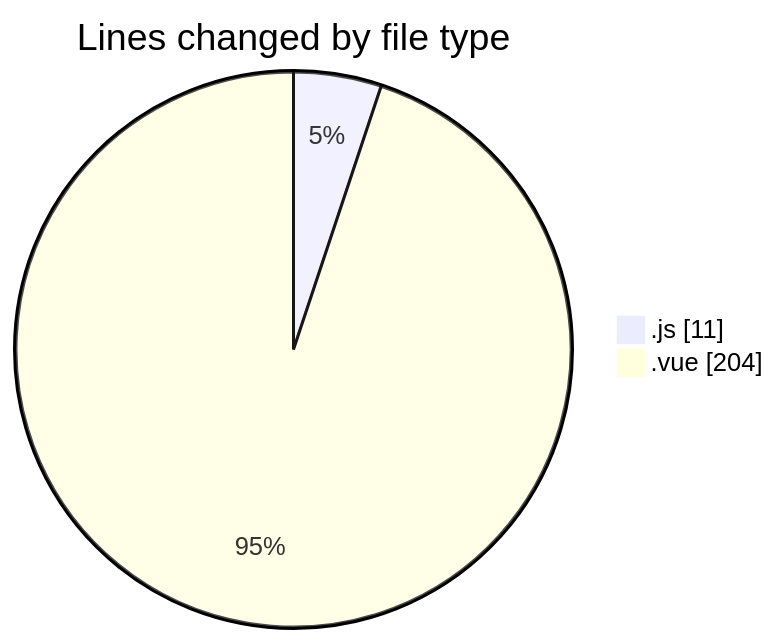
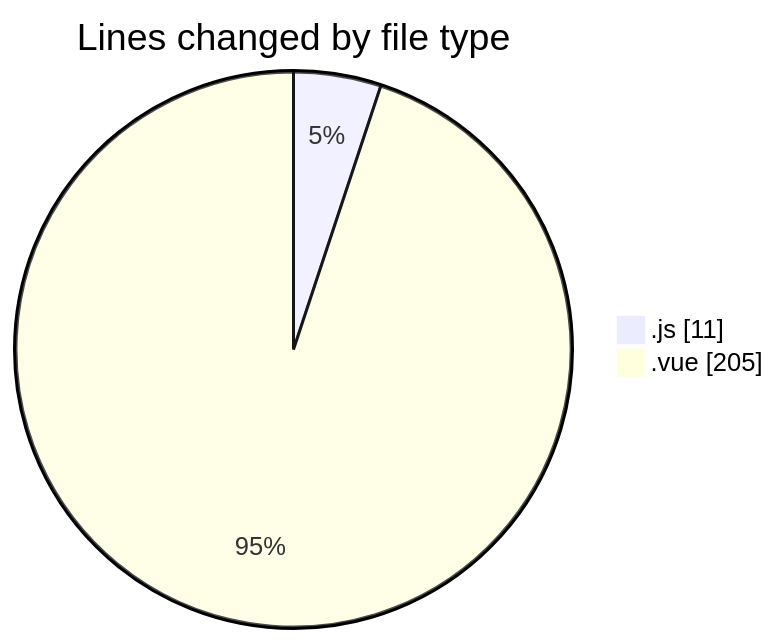
One commit to jcpc91/code-tracking changed the first of 2 diagrams in 2025-05-07/cancelacionsegurosvida/README.md. Above: the diagram before and after it, drawn with Mermaid. The commit also changed other lines of this file and 1 other file, not shown here.

````diff
--- a/2025-05-07/cancelacionsegurosvida/README.md
+++ b/2025-05-07/cancelacionsegurosvida/README.md
@@ -21,6 +21,6 @@
 ```mermaid
 pie showData
 title Lines changed by file type
 ".js" : 11
-".vue" : 204
+".vue" : 205
 ```
````
